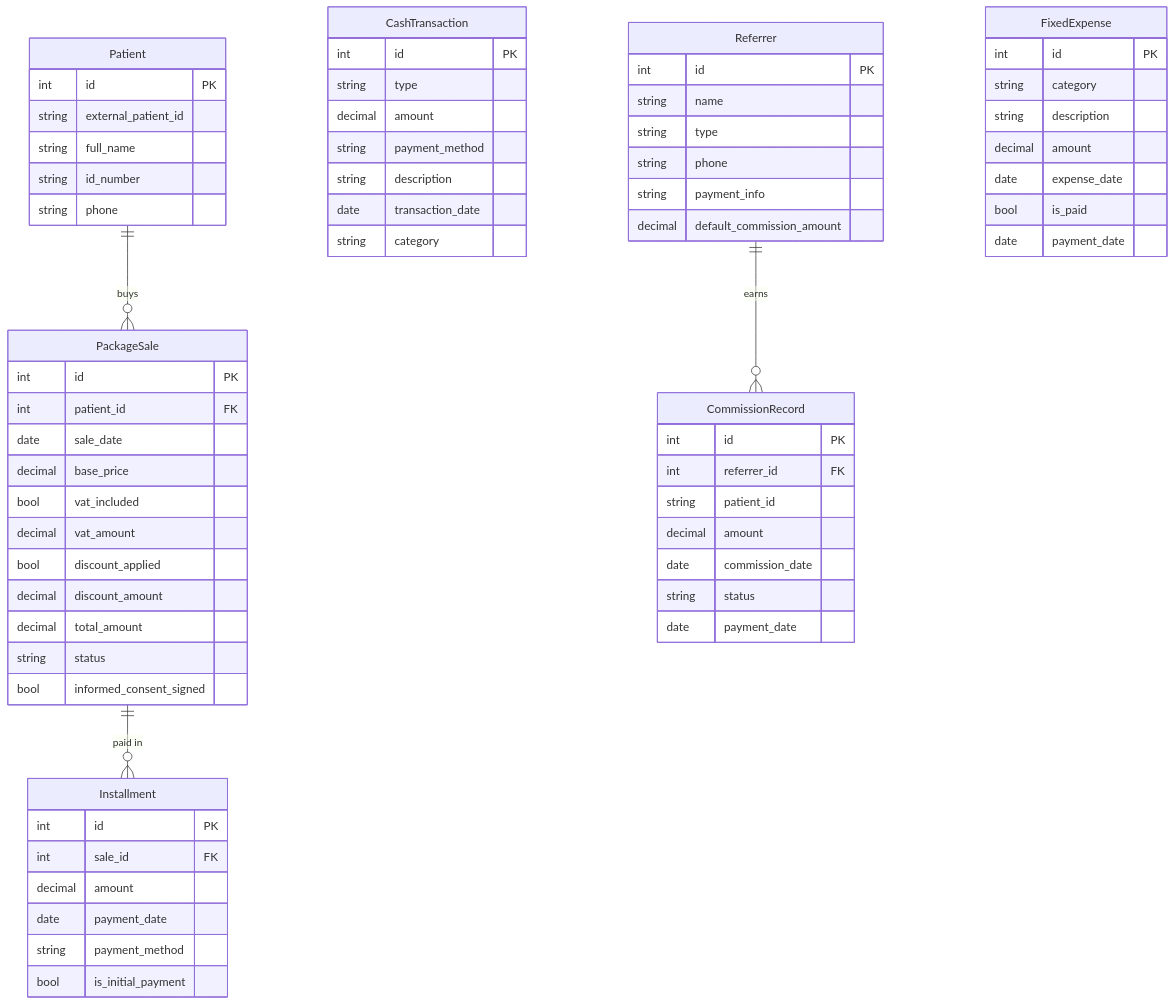
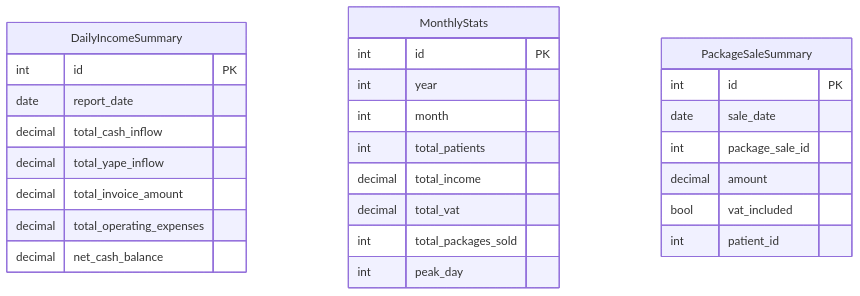
One commit to KODA-pe/architecture-docs changed the diagram in databases/report-service-db.md. Above: the diagram before and after it, drawn with Mermaid. The commit also changed other lines of this file, not shown here.

Commit message:
docs: update on report service

````diff
--- a/databases/report-service-db.md
+++ b/databases/report-service-db.md
@@ -1,77 +4,32 @@
 ```mermaid
 erDiagram
-    Patient {
+    DailyIncomeSummary {
         int id PK
-        string external_patient_id
-        string full_name
-        string id_number
-        string phone
+        date report_date
+        decimal total_cash_inflow
+        decimal total_yape_inflow
+        decimal total_invoice_amount
+        decimal total_operating_expenses
+        decimal net_cash_balance
     }
 
-    CashTransaction {
+    MonthlyStats {
         int id PK
-        string type
-        decimal amount
-        string payment_method
-        string description
-        date transaction_date
-        string category
+        int year
+        int month
+        int total_patients
+        decimal total_income
+        decimal total_vat
+        int total_packages_sold
+        int peak_day
     }
 
-    PackageSale {
+    PackageSaleSummary {
         int id PK
-        int patient_id FK
         date sale_date
-        decimal base_price
+        int package_sale_id
+        decimal amount
         bool vat_included
-        decimal vat_amount
-        bool discount_applied
-        decimal discount_amount
-        decimal total_amount
-        string status
-        bool informed_consent_signed
+        int patient_id
     }
-
-    Installment {
-        int id PK
-        int sale_id FK
-        decimal amount
-        date payment_date
-        string payment_method
-        bool is_initial_payment
-    }
-
-    Referrer {
-        int id PK
-        string name
-        string type
-        string phone
-        string payment_info
-        decimal default_commission_amount
-    }
-
-    CommissionRecord {
-        int id PK
-        int referrer_id FK
-        string patient_id
-        decimal amount
-        date commission_date
-        string status
-        date payment_date
-    }
-
-    FixedExpense {
-        int id PK
-        string category
-        string description
-        decimal amount
-        date expense_date
-        bool is_paid
-        date payment_date
-    }
-
-    Patient ||--o{ PackageSale : "buys"
-    PackageSale ||--o{ Installment : "paid in"
-    Referrer ||--o{ CommissionRecord : "earns"
-
 ```
````
